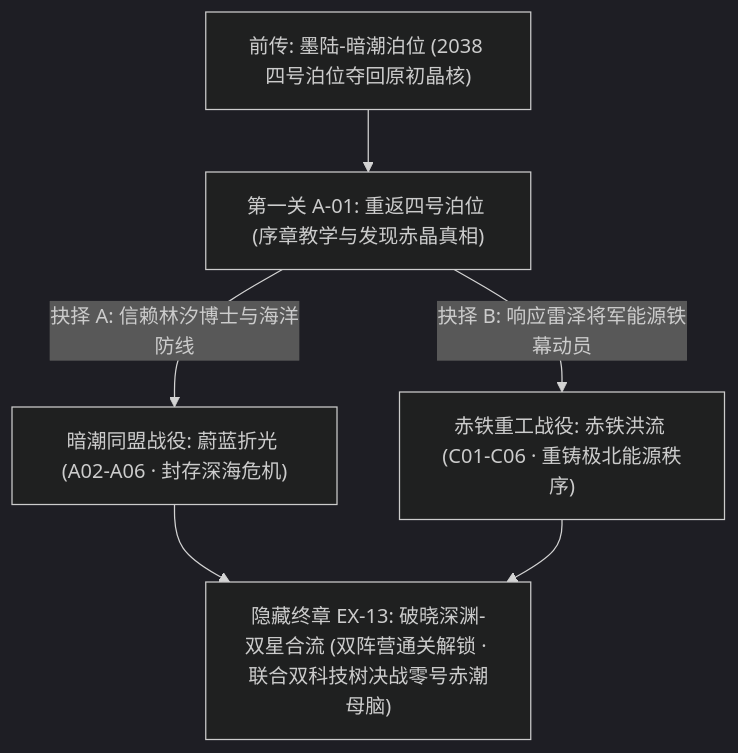
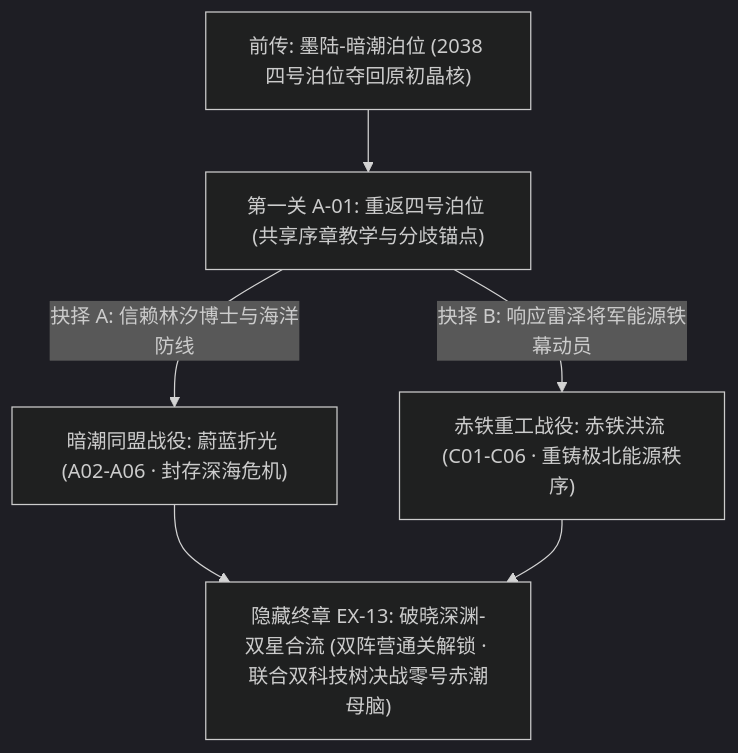
The second of 2 diagrams in docs/PRD.md (mullvadcat/RedAlert3A), drawn with Mermaid (dark theme) before and after one commit. The commit also changed other lines of this file and 3 other files, not shown here.

````diff
--- a/docs/PRD.md
+++ b/docs/PRD.md
@@ -242,8 +277,8 @@
 ```mermaid
 flowchart TD
-    P0["前传: 墨陆-暗潮泊位 (2038 四号泊位夺回原初晶核)"] --> A01["第一关 A-01: 重返四号泊位 (序章教学与发现赤晶真相)"]
+    P0["前传: 墨陆-暗潮泊位 (2038 四号泊位夺回原初晶核)"] --> A01["第一关 A-01: 重返四号泊位 (共享序章教学与分歧锚点)"]
     A01 -->|"抉择 A: 信赖林汐博士与海洋防线"| A02["暗潮同盟战役: 蔚蓝折光 (A02-A06 · 封存深海危机)"]
     A01 -->|"抉择 B: 响应雷泽将军能源铁幕动员"| C01["赤铁重工战役: 赤铁洪流 (C01-C06 · 重铸极北能源秩序)"]
     A02 --> EX["隐藏终章 EX-13: 破晓深渊-双星合流 (双阵营通关解锁 · 联合双科技树决战零号赤潮母脑)"]
     C01 --> EX
 ```
````
